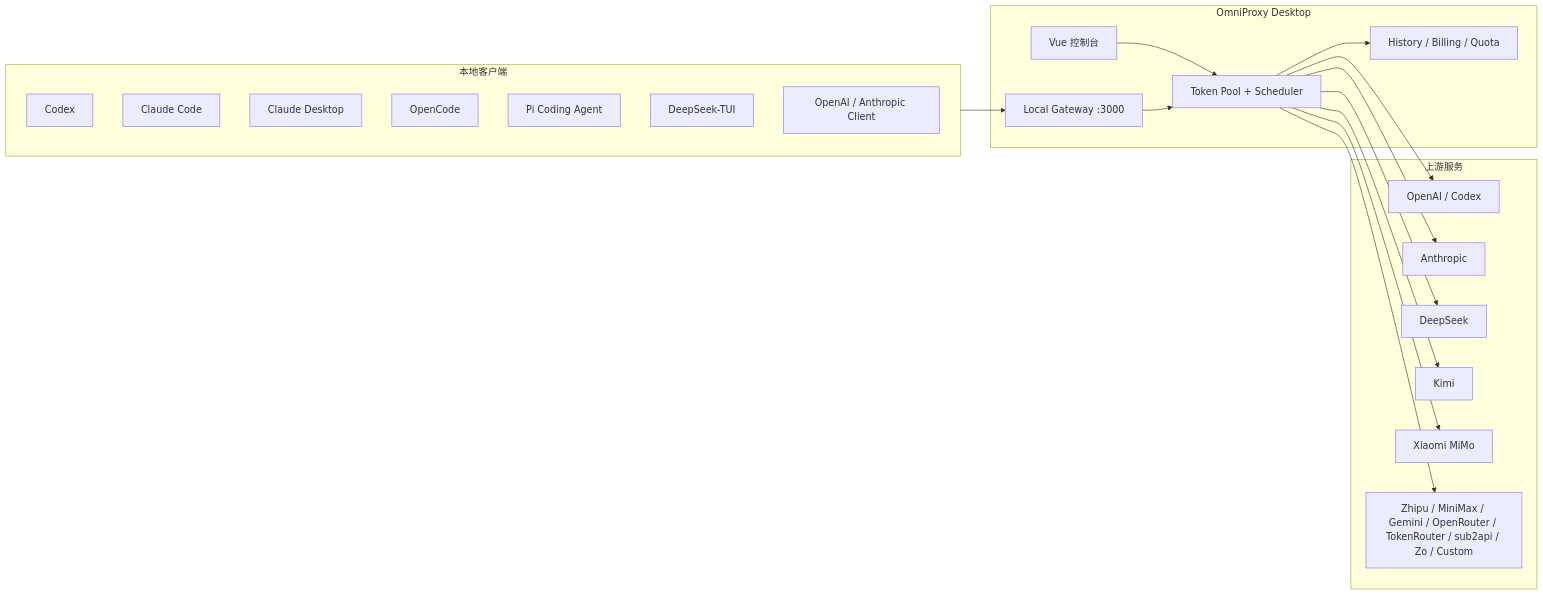
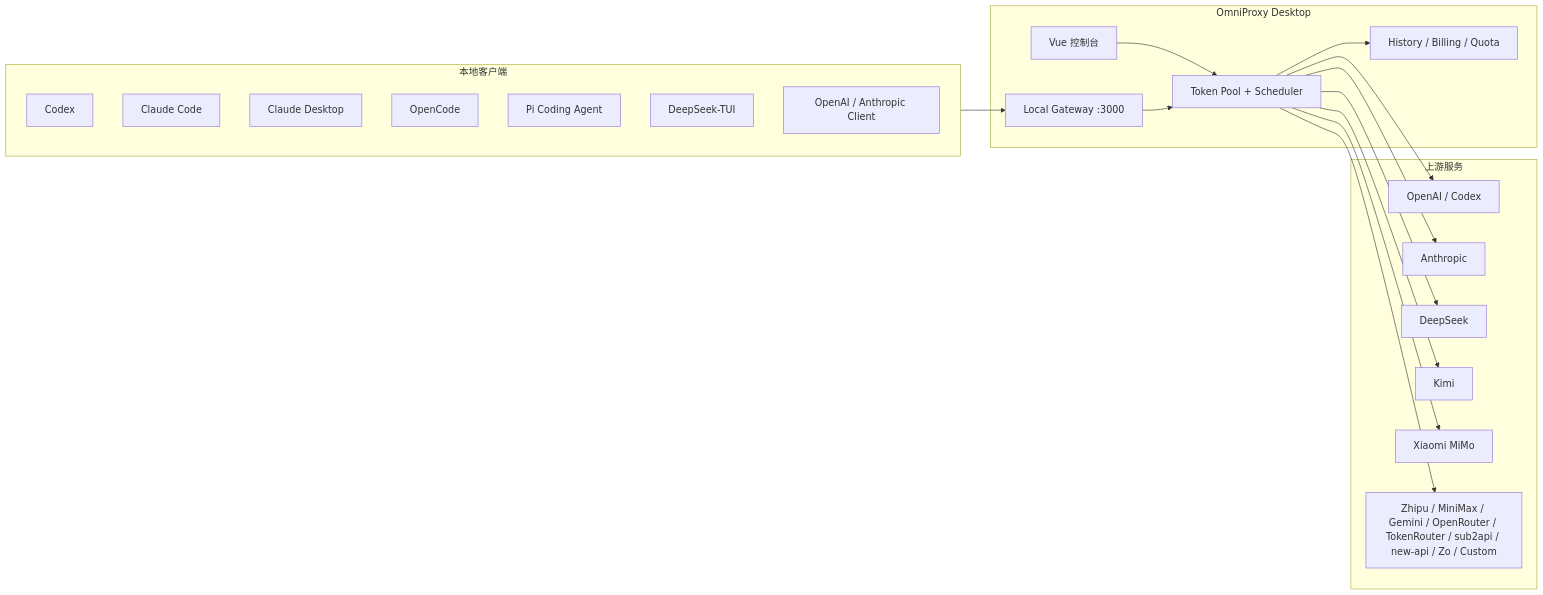
Before and after one commit to nxtreaming/OmniProxy: the diagram in README.md, drawn with Mermaid. The commit also changed other lines of this file and 28 other files, not shown here.

````diff
--- a/README.md
+++ b/README.md
@@ -47,39 +47,39 @@
 ```mermaid
 flowchart LR
   subgraph Clients["本地客户端"]
     Codex["Codex"]
     Claude["Claude Code"]
     ClaudeDesktop["Claude Desktop"]
     OpenCode["OpenCode"]
     Pi["Pi Coding Agent"]
     DeepSeekTUI["DeepSeek-TUI"]
     API["OpenAI / Anthropic Client"]
   end
 
   subgraph OmniProxy["OmniProxy Desktop"]
     Console["Vue 控制台"]
     Proxy["Local Gateway :3000"]
     Scheduler["Token Pool + Scheduler"]
     Logs["History / Billing / Quota"]
   end
 
   subgraph Providers["上游服务"]
     OpenAI["OpenAI / Codex"]
     Anthropic["Anthropic"]
     DeepSeek["DeepSeek"]
     Kimi["Kimi"]
     Mimo["Xiaomi MiMo"]
-    More["Zhipu / MiniMax / Gemini / OpenRouter / TokenRouter / sub2api / Zo / Custom"]
+    More["Zhipu / MiniMax / Gemini / OpenRouter / TokenRouter / sub2api / new-api / Zo / Custom"]
   end
 
   Clients --> Proxy
   Console --> Scheduler
   Proxy --> Scheduler
   Scheduler --> Logs
   Scheduler --> OpenAI
   Scheduler --> Anthropic
   Scheduler --> DeepSeek
   Scheduler --> Kimi
   Scheduler --> Mimo
   Scheduler --> More
 ```
````
